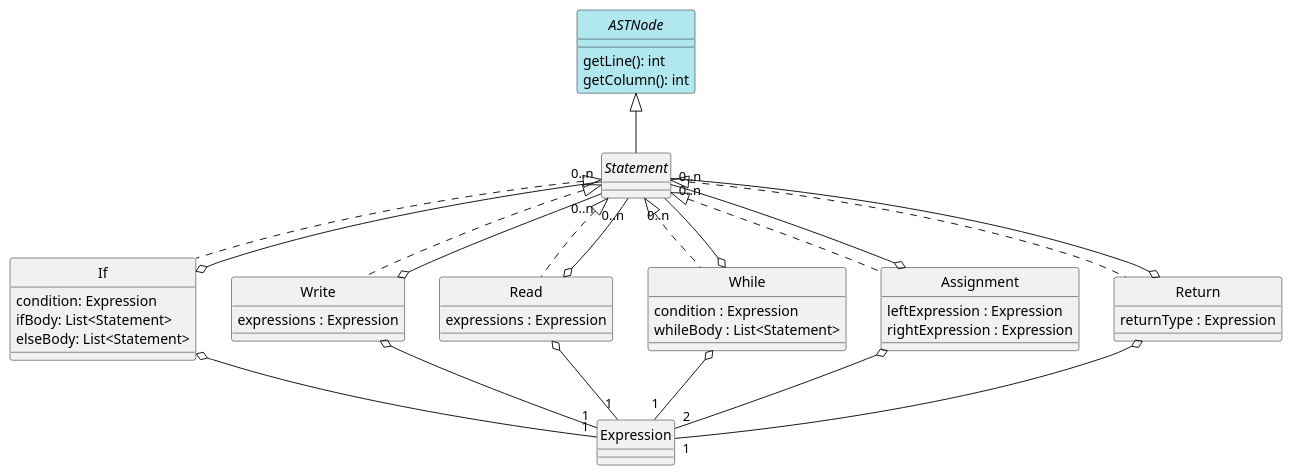
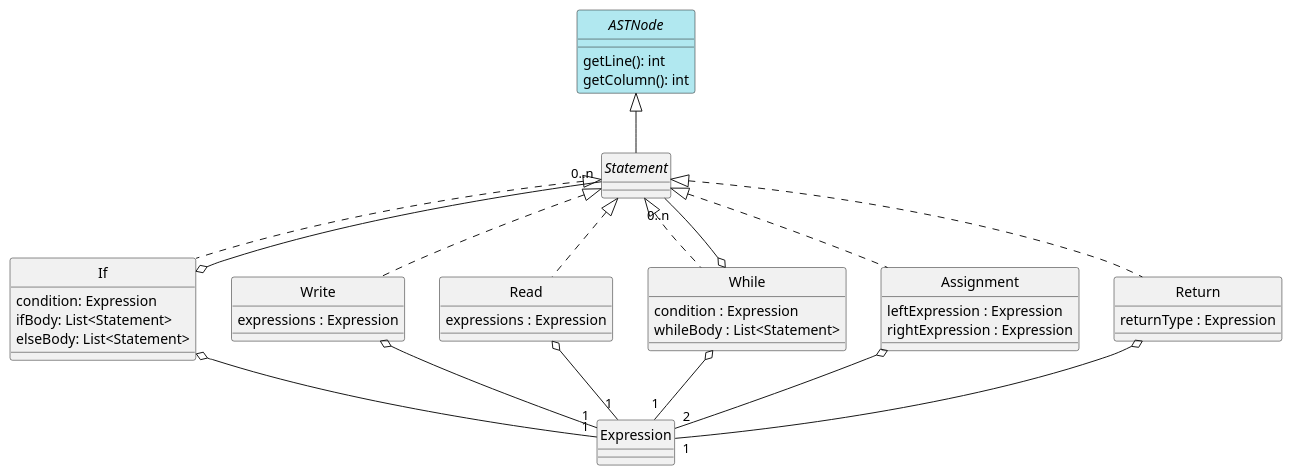
One commit to alvesit0/DLP-Compiler changed the diagram in docs/diagrams/statements.plantuml. Above: the diagram before and after it, drawn with PlantUML.

Commit message:
Realizadas modificaciones en el UML de statements.

```diff
--- a/docs/diagrams/statements.plantuml
+++ b/docs/diagrams/statements.plantuml
@@ -1,64 +1,60 @@
 @startuml Statements
 skinparam style strictuml
 skinparam monochrome false
 
 
 interface ASTNode #b1e8f0 {
     getLine(): int
     getColumn(): int
 }
 
 interface Statement
 
 class If {
     condition: Expression
     ifBody: List<Statement>
     elseBody: List<Statement>
 }
 
 class Write {
     expressions : Expression
 }
 
 class Read {
     expressions : Expression
 }
 
 class While {
     condition : Expression
     whileBody : List<Statement>
 }
 
 class Assignment {
     leftExpression : Expression
     rightExpression : Expression
 }
 
 class Return {
     returnType : Expression
 }
 
 ASTNode <|-- Statement
 
 Statement <|.. Write
 Statement <|.. Read
 Statement <|.. If
 Statement <|.. While
 Statement <|.. Return
 Statement <|.. Assignment
 
 If o--"1" Expression
 Write o--"1" Expression
 Read o--"1" Expression
 While o--"1" Expression
 Assignment o--"2" Expression
 Return o--"1" Expression
 
 If o--"0..n" Statement
-Write o--"0..n" Statement
-Read o--"0..n" Statement
 While o--"0..n" Statement
-Return o--"0..n" Statement
-Assignment o--"0..n" Statement
 
 @enduml
```
